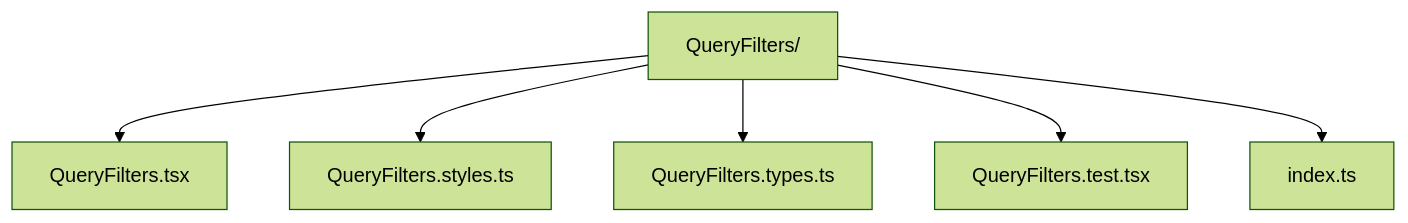
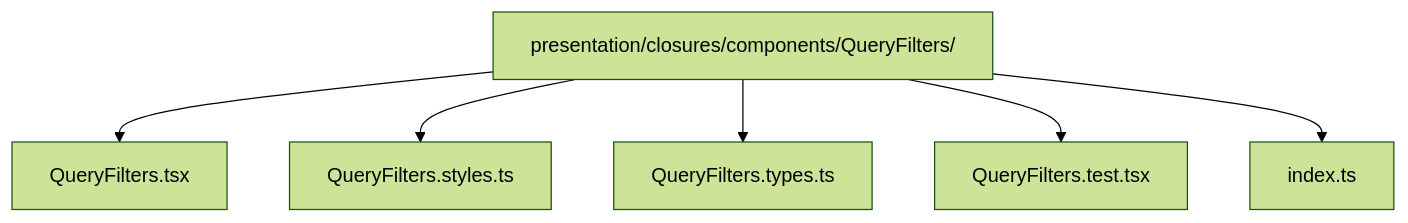
One commit to AndresTaoFlorez/software-architecture changed the second of 5 diagrams in frontend/presentation-architecture.md. Above: the diagram before and after it, drawn with Mermaid (forest theme). The commit also changed other lines of this file and 43 other files, not shown here.

````diff
--- a/frontend/presentation-architecture.md
+++ b/frontend/presentation-architecture.md
@@ -160,8 +125,8 @@
 ```mermaid
 flowchart TD
-    Q["QueryFilters/"] --> C["QueryFilters.tsx"]
+    Q["presentation/closures/components/QueryFilters/"] --> C["QueryFilters.tsx"]
     Q --> S["QueryFilters.styles.ts"]
     Q --> T["QueryFilters.types.ts"]
     Q --> TEST["QueryFilters.test.tsx"]
     Q --> I["index.ts"]
 ```
````
